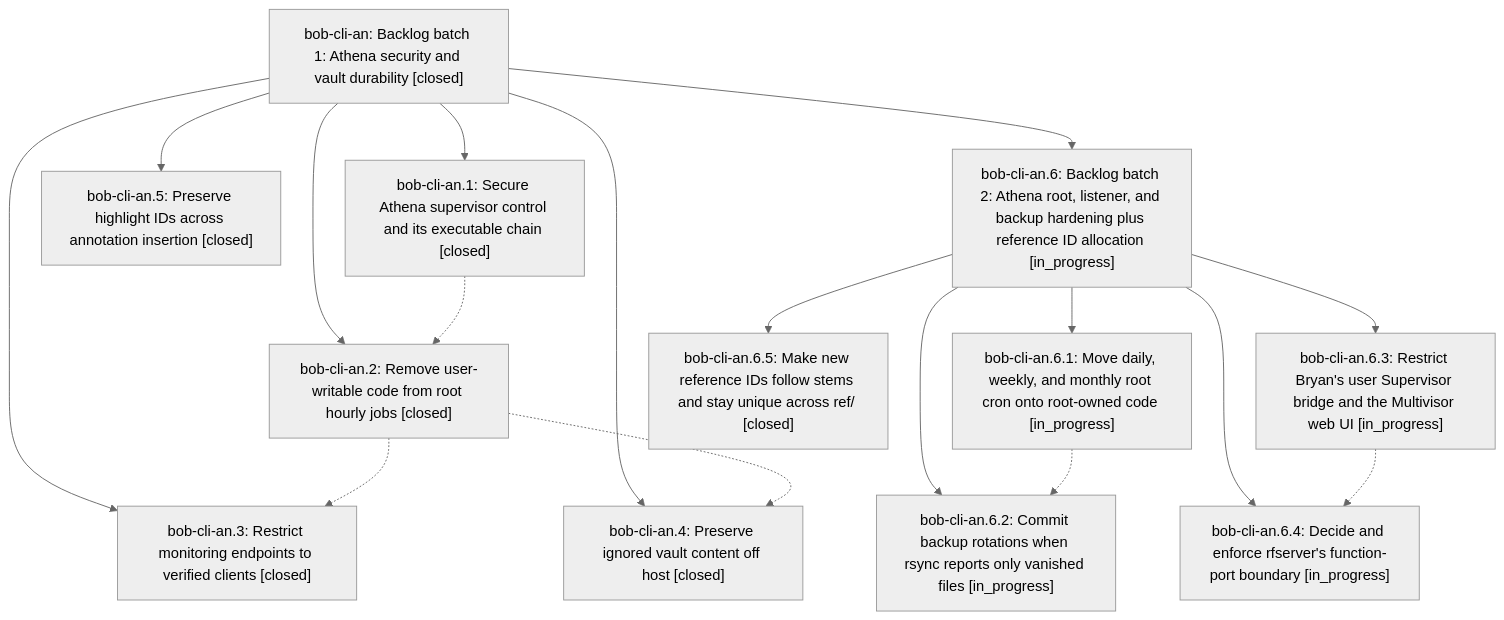
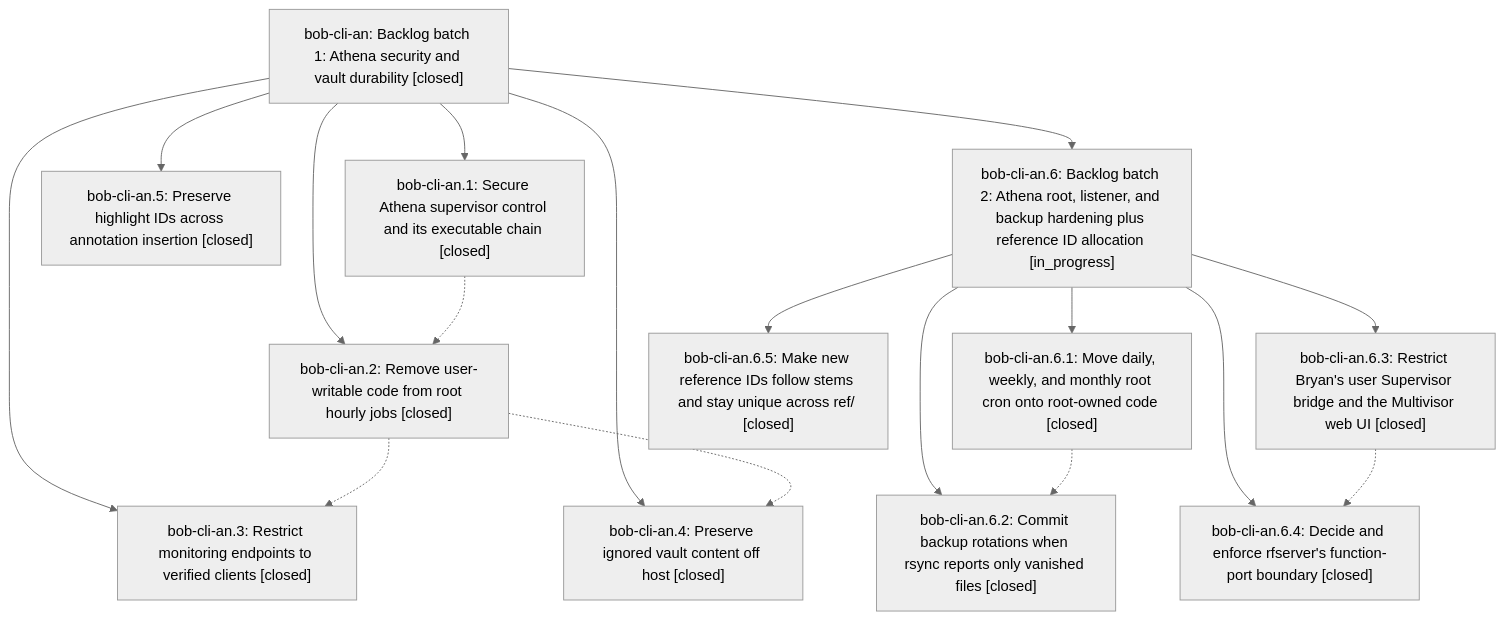
One commit to bobs-org/bob-cli--beads changed the diagram in pages/bob-cli-an/README.md. Above: the diagram before and after it, drawn with Mermaid (neutral theme). The commit also changed other lines of this file and 6 other files, not shown here.

First line of the commit message:
chore(beads): sync bead state and pages for bob-cli-an

````diff
--- a/pages/bob-cli-an/README.md
+++ b/pages/bob-cli-an/README.md
@@ -48,31 +48,31 @@
 ```mermaid
 flowchart TD
     n0["bob-cli-an: Backlog batch 1: Athena security and vault durability [closed]"]
     n1["bob-cli-an.1: Secure Athena supervisor control and its executable chain [closed]"]
     n2["bob-cli-an.2: Remove user-writable code from root hourly jobs [closed]"]
     n3["bob-cli-an.3: Restrict monitoring endpoints to verified clients [closed]"]
     n4["bob-cli-an.4: Preserve ignored vault content off host [closed]"]
     n5["bob-cli-an.5: Preserve highlight IDs across annotation insertion [closed]"]
     n6["bob-cli-an.6: Backlog batch 2: Athena root, listener, and backup hardening plus reference ID allocation [in_progress]"]
-    n7["bob-cli-an.6.1: Move daily, weekly, and monthly root cron onto root-owned code [in_progress]"]
-    n8["bob-cli-an.6.2: Commit backup rotations when rsync reports only vanished files [in_progress]"]
-    n9["bob-cli-an.6.3: Restrict Bryan's user Supervisor bridge and the Multivisor web UI [in_progress]"]
-    n10["bob-cli-an.6.4: Decide and enforce rfserver's function-port boundary [in_progress]"]
+    n7["bob-cli-an.6.1: Move daily, weekly, and monthly root cron onto root-owned code [closed]"]
+    n8["bob-cli-an.6.2: Commit backup rotations when rsync reports only vanished files [closed]"]
+    n9["bob-cli-an.6.3: Restrict Bryan's user Supervisor bridge and the Multivisor web UI [closed]"]
+    n10["bob-cli-an.6.4: Decide and enforce rfserver's function-port boundary [closed]"]
     n11["bob-cli-an.6.5: Make new reference IDs follow stems and stay unique across ref/ [closed]"]
     n0 --> n1
     n0 --> n2
     n0 --> n3
     n0 --> n4
     n0 --> n5
     n0 --> n6
     n6 --> n7
     n6 --> n8
     n6 --> n9
     n6 --> n10
     n6 --> n11
     n1 -.-> n2
     n2 -.-> n3
     n2 -.-> n4
     n7 -.-> n8
     n9 -.-> n10
 ```
````
